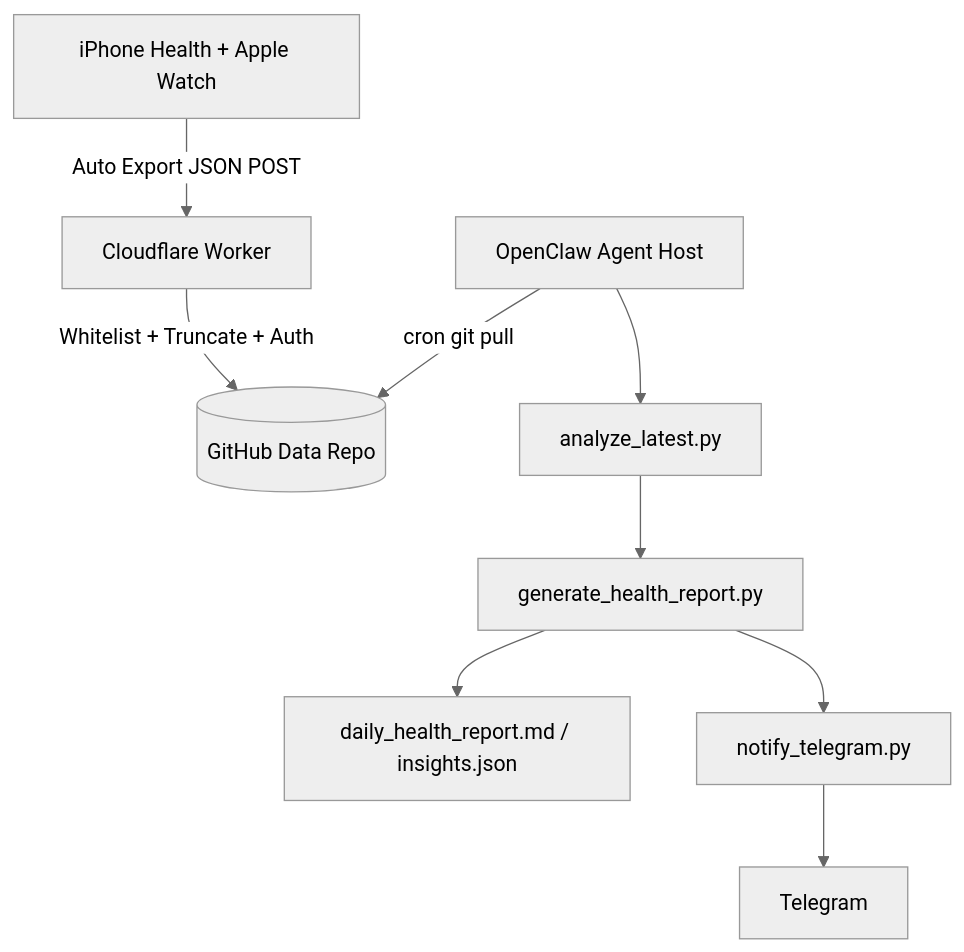
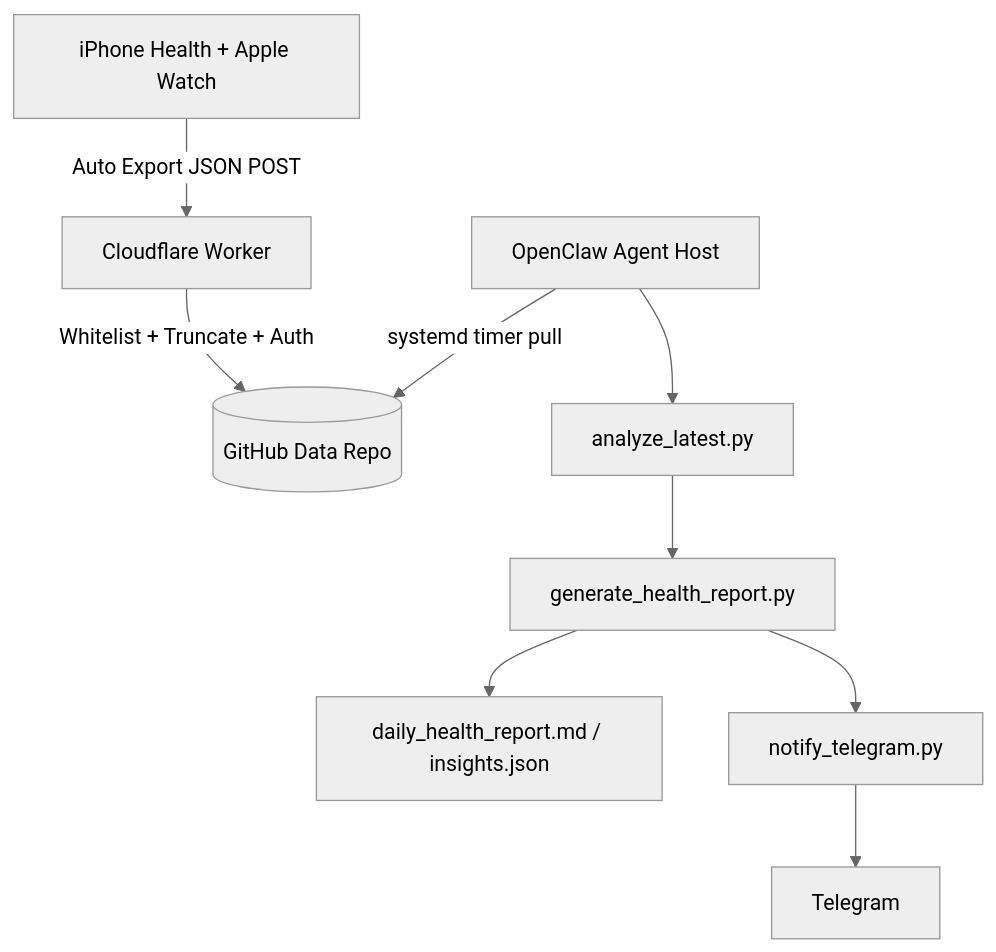
One commit to sontjer/applewatch-openclaw-health-adviser changed the diagram in README.md. Above: the diagram before and after it, drawn with Mermaid (neutral theme). The commit also changed other lines of this file and 15 other files, not shown here.

````diff
--- a/README.md
+++ b/README.md
@@ -46,11 +46,11 @@
 ```mermaid
 flowchart TD
     A[iPhone Health + Apple Watch] -->|Auto Export JSON POST| B[Cloudflare Worker]
     B -->|Whitelist + Truncate + Auth| C[(GitHub Data Repo)]
-    D[OpenClaw Agent Host] -->|cron git pull| C
+    D[OpenClaw Agent Host] -->|systemd timer pull| C
     D --> E[analyze_latest.py]
     E --> F[generate_health_report.py]
     F --> G[daily_health_report.md / insights.json]
     F --> H[notify_telegram.py]
     H --> I[Telegram]
 ```
````
